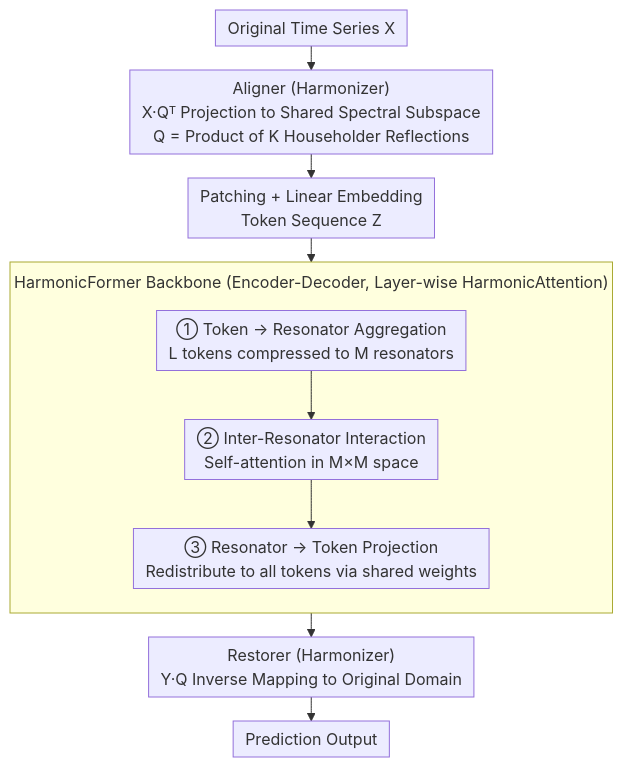
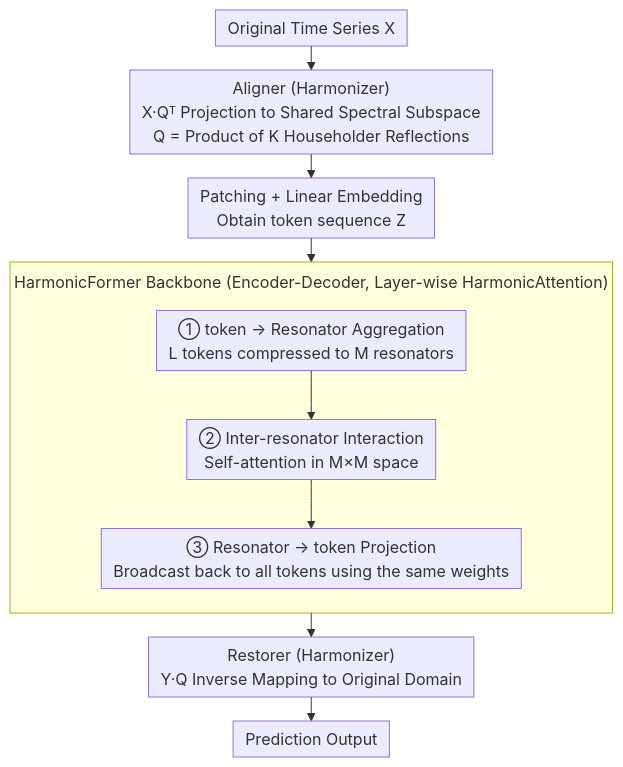
One commit to zhaoyang97/Paper-Notes-en changed the diagram in docs/ICML2026/time_series/olivia_harmonizing_time_series_foundation_models_with_power_spectral_density.md. Above: the diagram before and after it, drawn with Mermaid. The commit also changed other lines of this file and 5084 other files, not shown here.

````diff
--- a/docs/ICML2026/time_series/olivia_harmonizing_time_series_foundation_models_with_power_spectral_density.md
+++ b/docs/ICML2026/time_series/olivia_harmonizing_time_series_foundation_models_with_power_spectral_density.md
@@ -43,16 +43,16 @@
 ```mermaid
 %%{init: {'flowchart': {'rankSpacing': 24, 'nodeSpacing': 28, 'padding': 6, 'wrappingWidth': 400, 'subGraphTitleMargin': {'top': 8, 'bottom': 16}}}}%%
 flowchart TD
     A["Original Time Series X"] --> B["Aligner (Harmonizer)<br/>X·Qᵀ Projection to Shared Spectral Subspace<br/>Q = Product of K Householder Reflections"]
-    B --> C["Patching + Linear Embedding<br/>Token Sequence Z"]
+    B --> C["Patching + Linear Embedding<br/>Obtain token sequence Z"]
     C --> D
     subgraph D["HarmonicFormer Backbone (Encoder-Decoder, Layer-wise HarmonicAttention)"]
         direction TB
-        D1["① Token → Resonator Aggregation<br/>L tokens compressed to M resonators"]
-        D2["② Inter-Resonator Interaction<br/>Self-attention in M×M space"]
-        D3["③ Resonator → Token Projection<br/>Redistribute to all tokens via shared weights"]
+        D1["① token → Resonator Aggregation<br/>L tokens compressed to M resonators"]
+        D2["② Inter-resonator Interaction<br/>Self-attention in M×M space"]
+        D3["③ Resonator → token Projection<br/>Broadcast back to all tokens using the same weights"]
         D1 --> D2 --> D3
     end
     D --> E["Restorer (Harmonizer)<br/>Y·Q Inverse Mapping to Original Domain"]
     E --> F["Prediction Output"]
 ```
````
